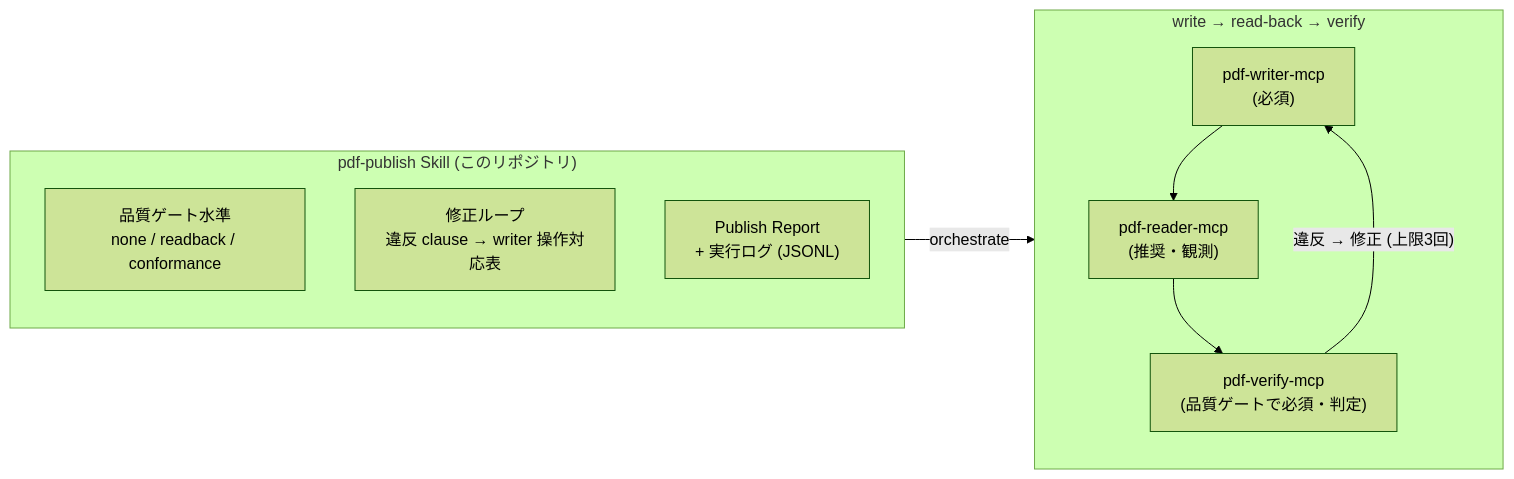
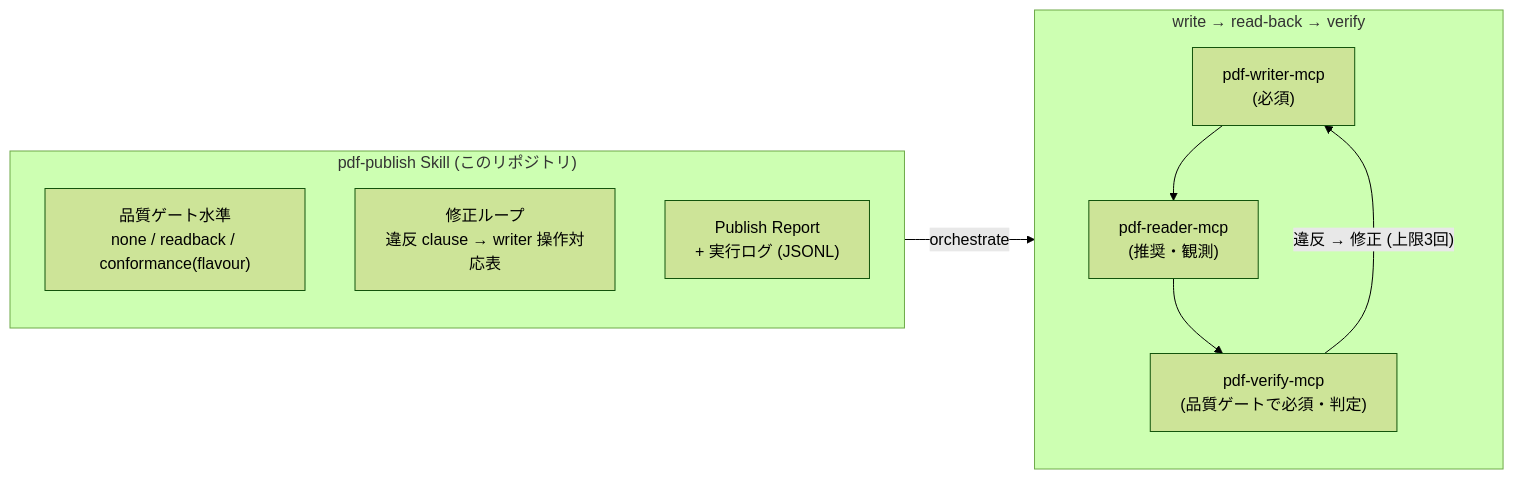
One commit to shuji-bonji/pdf-publish-skill changed the diagram in README.ja.md. Above: the diagram before and after it, drawn with Mermaid (forest theme). The commit also changed other lines of this file and 6 other files, not shown here.

````diff
--- a/README.ja.md
+++ b/README.ja.md
@@ -18,14 +18,14 @@
 ```mermaid
 graph LR
   subgraph skill["pdf-publish Skill (このリポジトリ)"]
-    S1["品質ゲート水準<br/>none / readback / conformance"]
+    S1["品質ゲート水準<br/>none / readback / conformance(flavour)"]
     S2["修正ループ<br/>違反 clause → writer 操作対応表"]
     S3["Publish Report<br/>+ 実行ログ (JSONL)"]
   end
   subgraph loop["write → read-back → verify"]
     W["pdf-writer-mcp<br/>(必須)"] --> R["pdf-reader-mcp<br/>(推奨・観測)"]
     R --> V["pdf-verify-mcp<br/>(品質ゲートで必須・判定)"]
     V -->|"違反 → 修正 (上限3回)"| W
   end
   skill -->|orchestrate| loop
 ```
````
